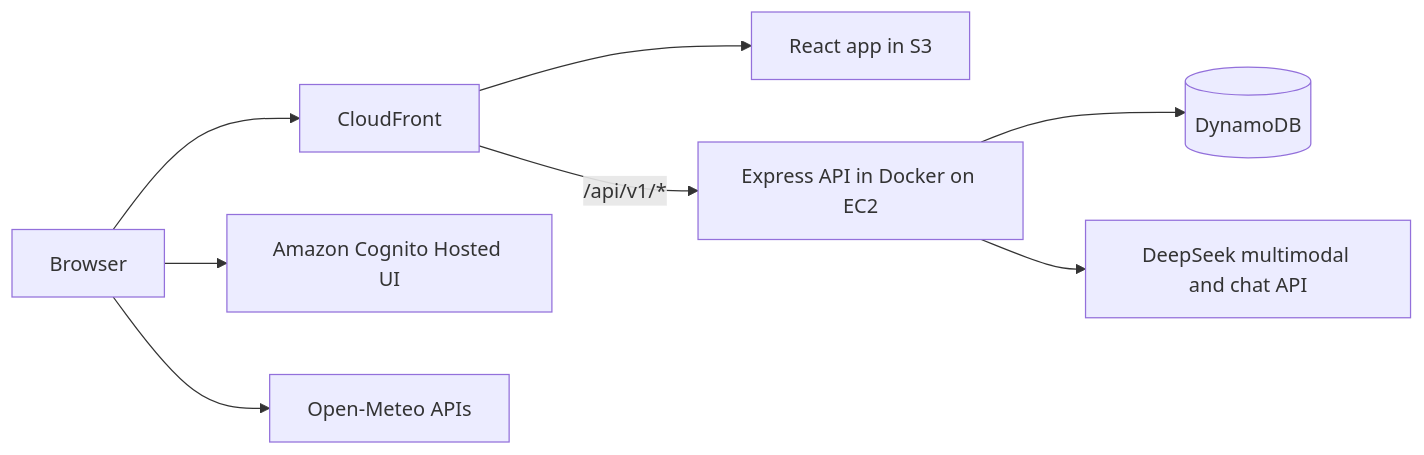
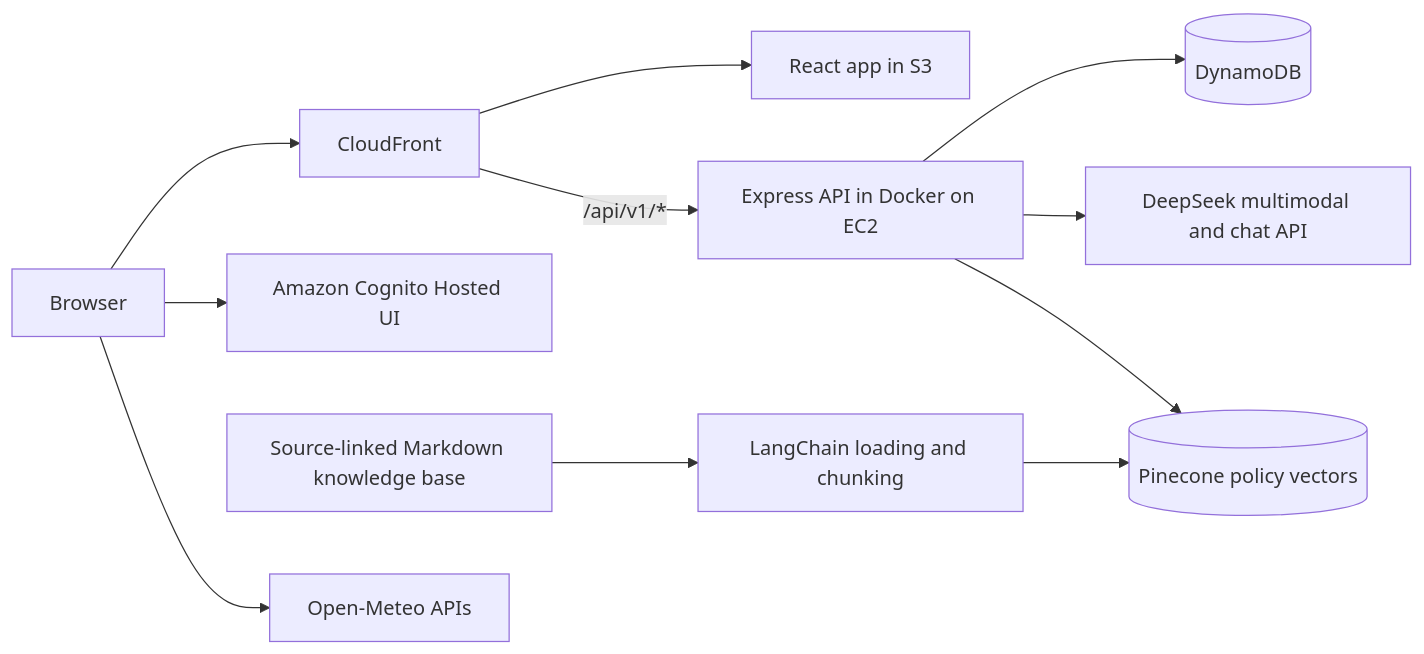
The diagram in README.md (MingtanSun/personal-toolkit-aws), drawn with Mermaid before and after one commit. The commit also changed other lines of this file and 54 other files, not shown here.

Commit message:
Add subscription policy RAG and approval flow

````diff
--- a/README.md
+++ b/README.md
@@ -25,10 +31,13 @@
 ```mermaid
 flowchart LR
     User[Browser] --> CloudFront
     CloudFront --> S3[React app in S3]
     CloudFront -->|/api/v1/*| EC2[Express API in Docker on EC2]
     User --> Cognito[Amazon Cognito Hosted UI]
     EC2 --> DynamoDB[(DynamoDB)]
     EC2 --> DeepSeek[DeepSeek multimodal and chat API]
+    EC2 --> Pinecone[(Pinecone policy vectors)]
+    Knowledge[Source-linked Markdown knowledge base] --> Ingestion[LangChain loading and chunking]
+    Ingestion --> Pinecone
     User --> OpenMeteo[Open-Meteo APIs]
 ```
````
